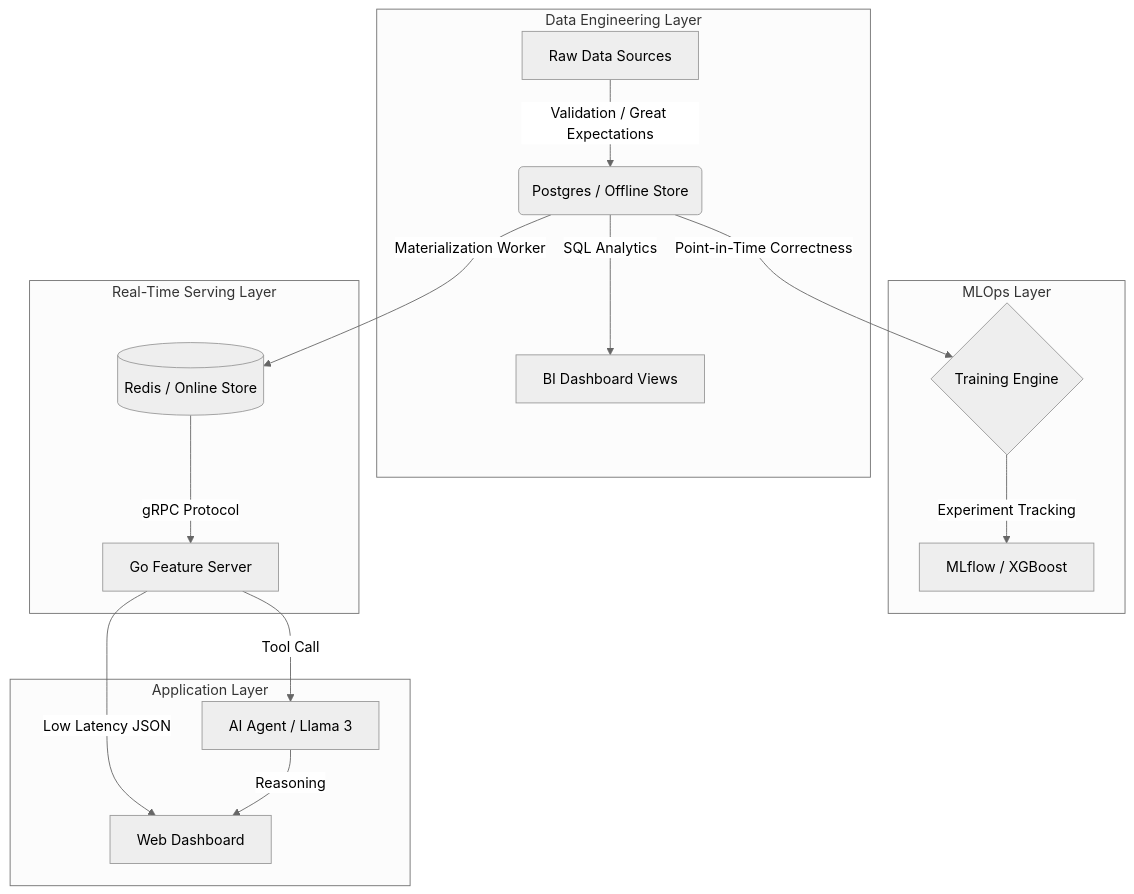
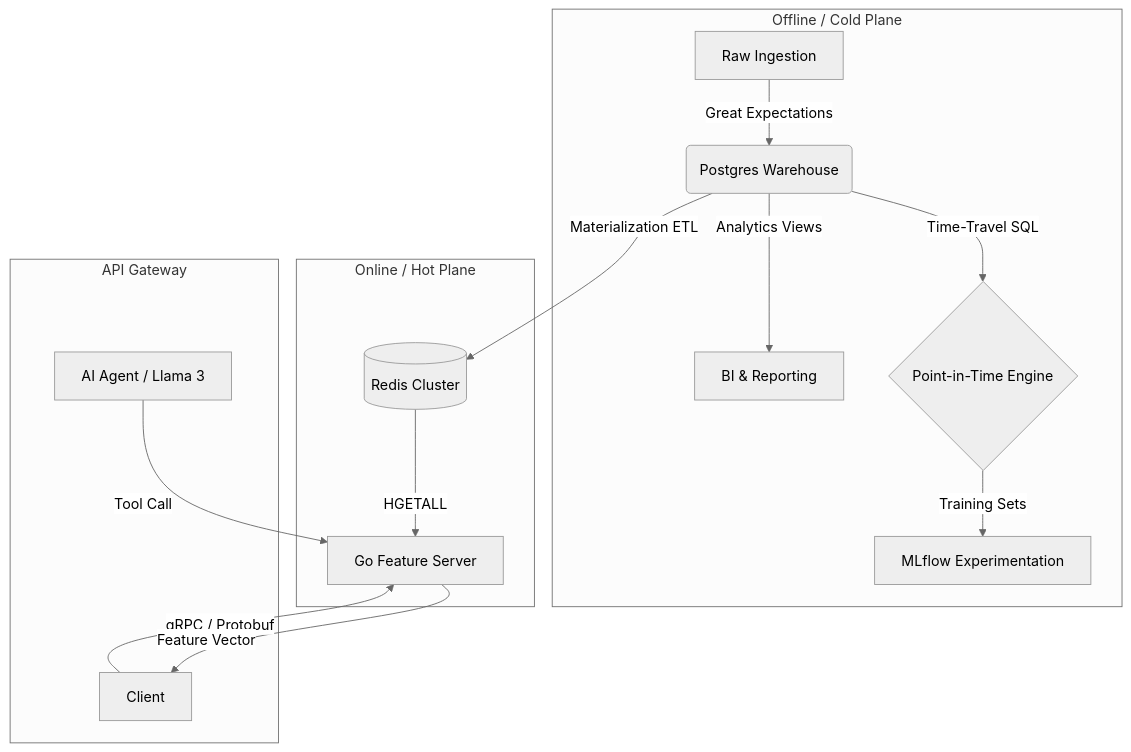
Before and after one commit to SalmaTech-03/kairos-platform: the first of 2 diagrams in README.md, drawn with Mermaid (neutral theme). The commit also changed other lines of this file, not shown here.

First line of the commit message:
Revise README for updated architecture and capabilities

````diff
--- a/README.md
+++ b/README.md
@@ -27,23 +26,20 @@
 ```mermaid
 graph TD
-    subgraph DATA_ENGINEERING [Data Engineering Layer]
-        A[Raw Data Sources] -->|Validation / Great Expectations| B(Postgres / Offline Store)
-        B -->|SQL Analytics| B1[BI Dashboard Views]
+    subgraph COLD_PLANE [Offline / Cold Plane]
+        A[Raw Ingestion] -->|Great Expectations| B(Postgres Warehouse)
+        B -->|Time-Travel SQL| C{Point-in-Time Engine}
+        C -->|Training Sets| D[MLflow Experimentation]
+        B -->|Analytics Views| B1[BI & Reporting]
     end
 
-    subgraph MLOPS [MLOps Layer]
-        B -->|Point-in-Time Correctness| C{Training Engine}
-        C -->|Experiment Tracking| D[MLflow / XGBoost]
+    subgraph HOT_PLANE [Online / Hot Plane]
+        B -->|Materialization ETL| E[(Redis Cluster)]
+        E -->|HGETALL| F[Go Feature Server]
     end
 
-    subgraph SERVING [Real-Time Serving Layer]
-        B -->|Materialization Worker| E[(Redis / Online Store)]
-        E -->|gRPC Protocol| F[Go Feature Server]
-    end
-
-    subgraph CONSUMER [Application Layer]
-        F -->|Low Latency JSON| G[Web Dashboard]
-        F -->|Tool Call| H[AI Agent / Llama 3]
-        H -->|Reasoning| G
+    subgraph INTERFACE [API Gateway]
+        Client -->|gRPC / Protobuf| F
+        F -->|Feature Vector| Client
+        Agent[AI Agent / Llama 3] -->|Tool Call| F
     end
 ```
````
